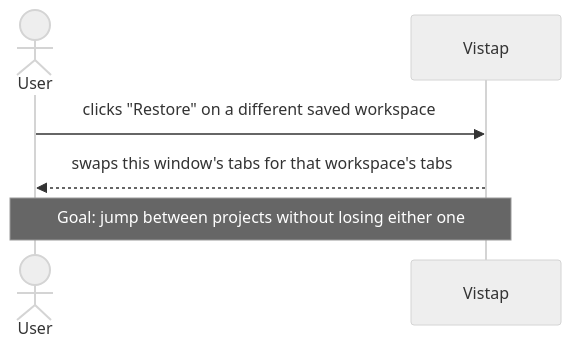
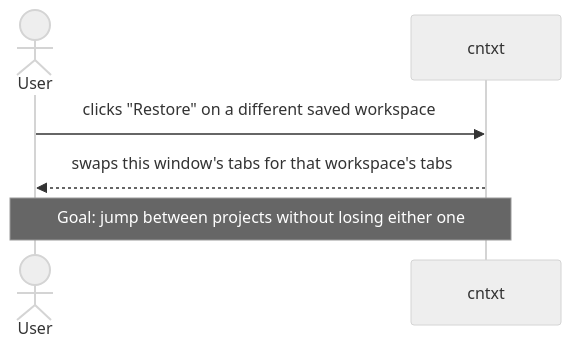
One commit to enyhma/cntxt changed the tenth of 11 diagrams in docs/workflows.md. Above: the diagram before and after it, drawn with Mermaid (neutral theme). The commit also changed other lines of this file and 16 other files, not shown here.

First line of the commit message:
chore: rename Vistap to cntxt

````diff
--- a/docs/workflows.md
+++ b/docs/workflows.md
@@ -235,9 +235,9 @@
 ```mermaid
 sequenceDiagram
     actor User
-    participant Vistap
+    participant cntxt
 
-    User->>Vistap: clicks "Restore" on a different saved workspace
-    Vistap-->>User: swaps this window's tabs for that workspace's tabs
-    Note over User,Vistap: Goal: jump between projects without losing either one
+    User->>cntxt: clicks "Restore" on a different saved workspace
+    cntxt-->>User: swaps this window's tabs for that workspace's tabs
+    Note over User,cntxt: Goal: jump between projects without losing either one
 ```
````
